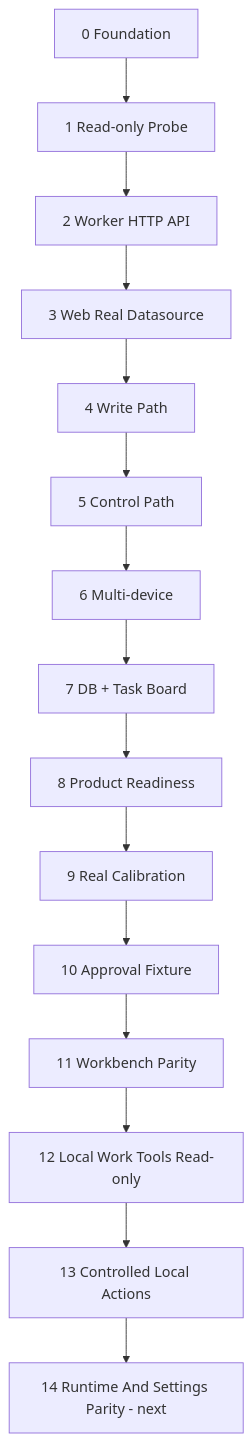
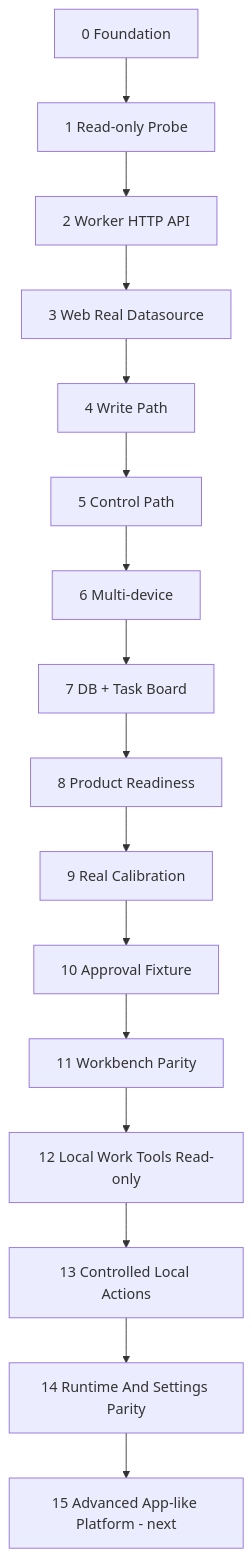
Before and after one commit to VintLin/codex-remote: the second of 2 diagrams in PLAN.md, drawn with Mermaid. The commit also changed other lines of this file and 25 other files, not shown here.

Commit message:
Complete stage 14 runtime settings parity

````diff
--- a/PLAN.md
+++ b/PLAN.md
@@ -64,20 +65,21 @@
 ```mermaid
 flowchart TB
   P0["0 Foundation"]
   P1["1 Read-only Probe"]
   P2["2 Worker HTTP API"]
   P3["3 Web Real Datasource"]
   P4["4 Write Path"]
   P5["5 Control Path"]
   P6["6 Multi-device"]
   P7["7 DB + Task Board"]
   P8["8 Product Readiness"]
   P9["9 Real Calibration"]
   P10["10 Approval Fixture"]
   P11["11 Workbench Parity"]
   P12["12 Local Work Tools Read-only"]
   P13["13 Controlled Local Actions"]
-  P14["14 Runtime And Settings Parity - next"]
+  P14["14 Runtime And Settings Parity"]
+  P15["15 Advanced App-like Platform - next"]
 
-  P0 --> P1 --> P2 --> P3 --> P4 --> P5 --> P6 --> P7 --> P8 --> P9 --> P10 --> P11 --> P12 --> P13 --> P14
+  P0 --> P1 --> P2 --> P3 --> P4 --> P5 --> P6 --> P7 --> P8 --> P9 --> P10 --> P11 --> P12 --> P13 --> P14 --> P15
 ```
````
